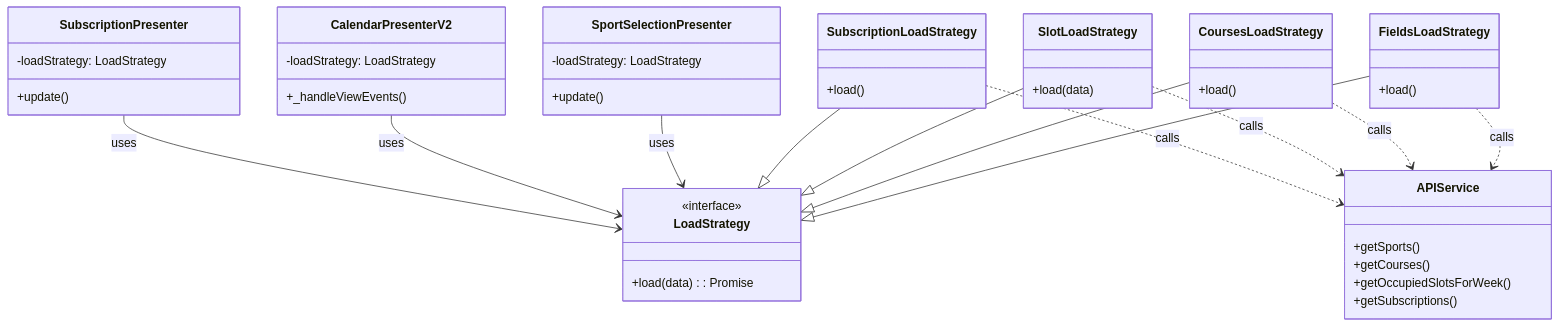
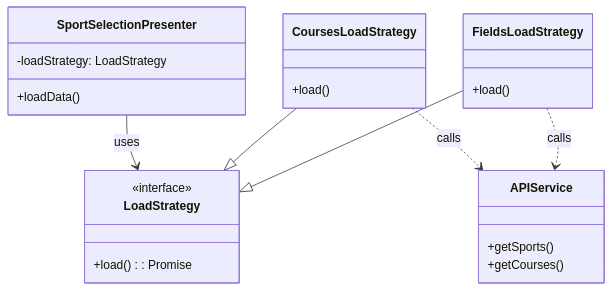
The second of 3 diagrams in consegna docu/architettura_base/design_pattern_frontend.md (mb4dev/progetto-prova), drawn with Mermaid before and after one commit. The commit also changed other lines of this file and 93 other files, not shown here.

````diff
--- a/consegna docu/architettura_base/design_pattern_frontend.md
+++ b/consegna docu/architettura_base/design_pattern_frontend.md
@@ -56,59 +50,31 @@
 ```mermaid
 classDiagram
     class LoadStrategy {
         <<interface>>
-        +load(data) : Promise
+        +load() : Promise
     }
 
     class FieldsLoadStrategy {
         +load()
     }
 
     class CoursesLoadStrategy {
         +load()
     }
 
-    class SlotLoadStrategy {
-        +load(data)
-    }
-
-    class SubscriptionLoadStrategy {
-        +load()
-    }
-
     class SportSelectionPresenter {
         -loadStrategy: LoadStrategy
-        +update()
-    }
-
-    class CalendarPresenterV2 {
-        -loadStrategy: LoadStrategy
-        +_handleViewEvents()
-    }
-
-    class SubscriptionPresenter {
-        -loadStrategy: LoadStrategy
-        +update()
+        +loadData()
     }
 
     class APIService {
         +getSports()
         +getCourses()
-        +getOccupiedSlotsForWeek()
-        +getSubscriptions()
     }
 
     FieldsLoadStrategy --|> LoadStrategy
     CoursesLoadStrategy --|> LoadStrategy
-    SlotLoadStrategy --|> LoadStrategy
-    SubscriptionLoadStrategy --|> LoadStrategy
-
     FieldsLoadStrategy ..> APIService : calls
     CoursesLoadStrategy ..> APIService : calls
-    SlotLoadStrategy ..> APIService : calls
-    SubscriptionLoadStrategy ..> APIService : calls
-
     SportSelectionPresenter --> LoadStrategy : uses
-    CalendarPresenterV2 --> LoadStrategy : uses
-    SubscriptionPresenter --> LoadStrategy : uses
 ```
````
